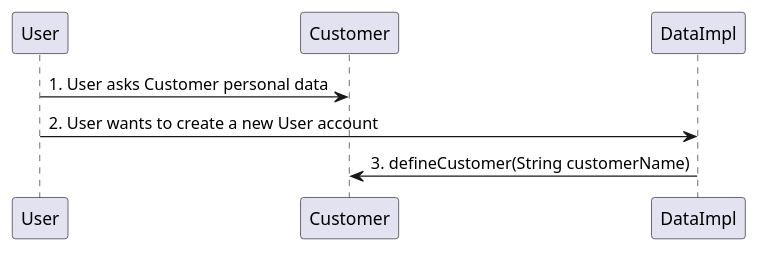
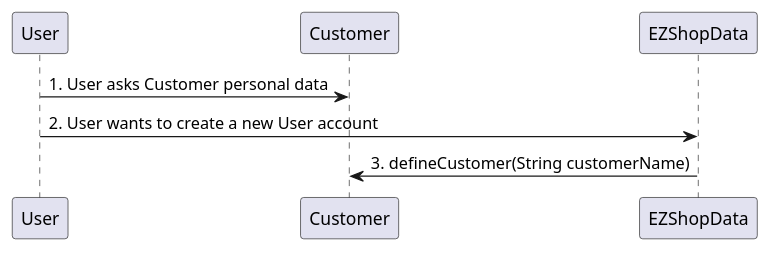
Diagram 12 of 31 in Deliverables/DesignDocument.md (djemar/softeng_ezshop), drawn with PlantUML before and after one commit. The commit also changed other lines of this file, not shown here.

Commit message:
update SequenceDiagrams

````diff
--- a/Deliverables/DesignDocument.md
+++ b/Deliverables/DesignDocument.md
@@ -356,6 +357,6 @@
 ```plantuml
 "User" -> "Customer": 1. User asks Customer personal data
-"User" -> "DataImpl" : 2. User wants to create a new User account
-"DataImpl" -> "Customer" : 3. defineCustomer(String customerName)
+"User" -> "EZShopData" : 2. User wants to create a new User account
+"EZShopData" -> "Customer" : 3. defineCustomer(String customerName)
 
 ```
````
